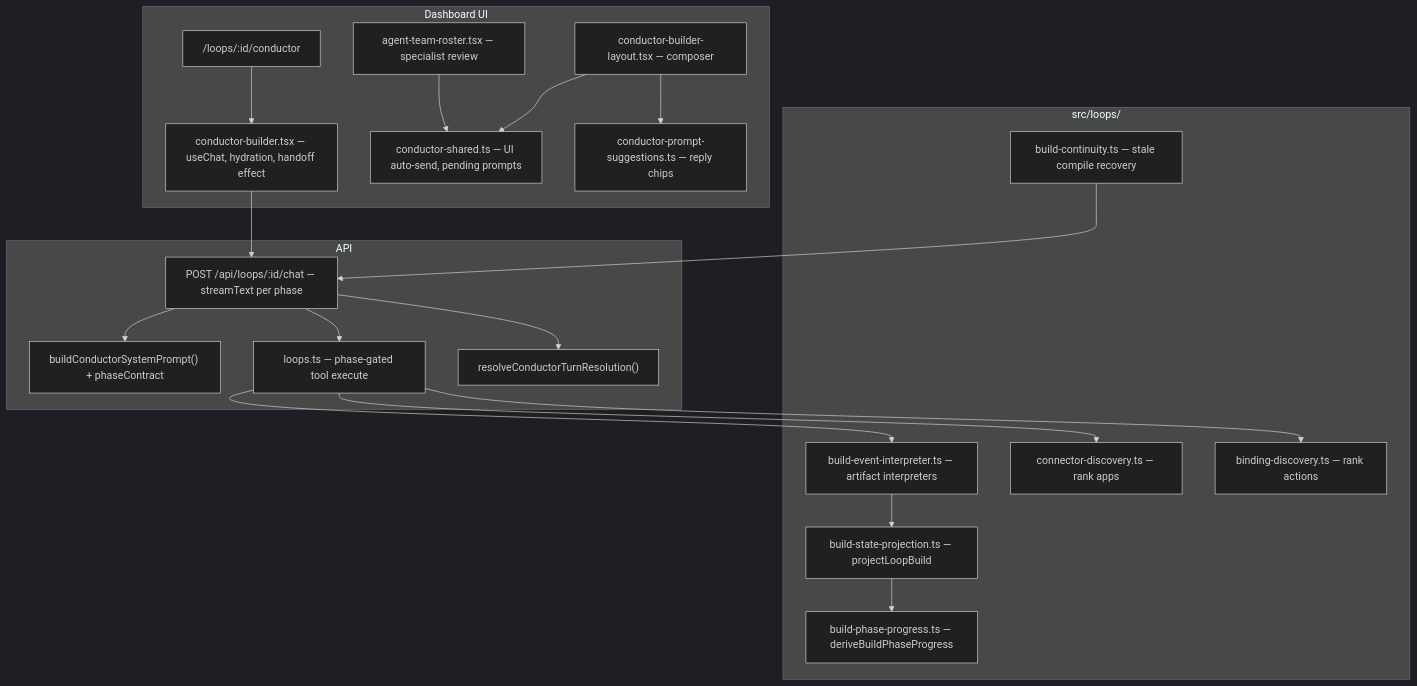
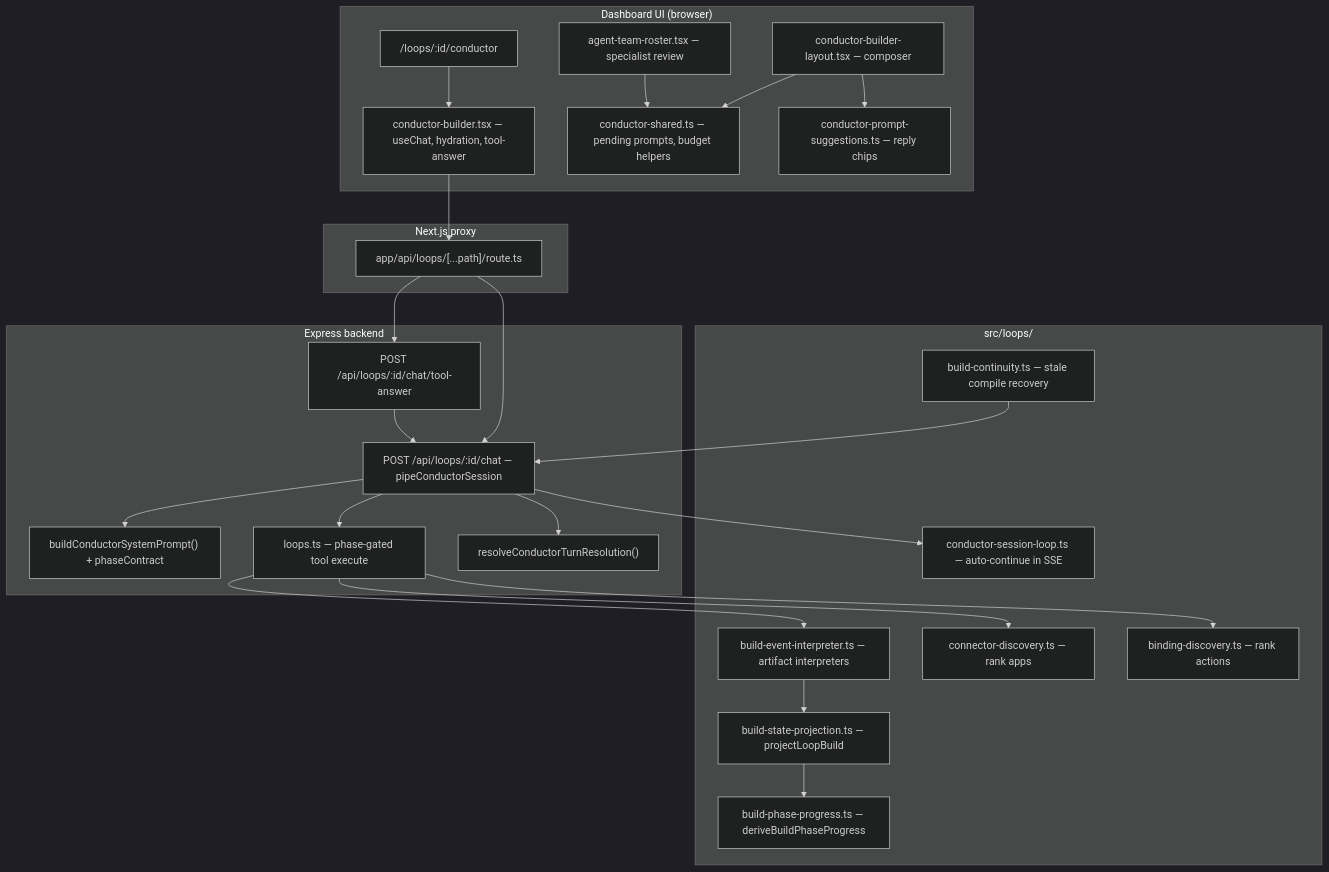
Before and after one commit to Dinuda/tallei-ai: the third of 6 diagrams in docs/conductor.md, drawn with Mermaid (dark theme). The commit also changed other lines of this file and 50 other files, not shown here.

First line of the commit message:
Enhance Conductor components with tool answer submission and UI improvements

````diff
--- a/docs/conductor.md
+++ b/docs/conductor.md
@@ -126,41 +161,51 @@
 ```mermaid
 flowchart TB
-  subgraph ui ["Dashboard UI"]
+  subgraph ui ["Dashboard UI (browser)"]
     Page["/loops/:id/conductor"]
-    Bridge["conductor-builder.tsx — useChat, hydration, handoff effect"]
+    Bridge["conductor-builder.tsx — useChat, hydration, tool-answer"]
     Layout["conductor-builder-layout.tsx — composer"]
-    Shared["conductor-shared.ts — UI auto-send, pending prompts"]
+    Shared["conductor-shared.ts — pending prompts, budget helpers"]
     Suggestions["conductor-prompt-suggestions.ts — reply chips"]
     Roster["agent-team-roster.tsx — specialist review"]
   end
 
-  subgraph api ["API"]
-    Chat["POST /api/loops/:id/chat — streamText per phase"]
+  subgraph proxy ["Next.js proxy"]
+    ApiRoute["app/api/loops/[...path]/route.ts"]
+  end
+
+  subgraph api ["Express backend"]
+    Chat["POST /api/loops/:id/chat — pipeConductorSession"]
+    ToolAnswer["POST /api/loops/:id/chat/tool-answer"]
     Prompt["buildConductorSystemPrompt() + phaseContract"]
     Tools["loops.ts — phase-gated tool execute"]
     Resolve["resolveConductorTurnResolution()"]
   end
 
   subgraph domain ["src/loops/"]
     Projection["build-state-projection.ts — projectLoopBuild"]
     Progress["build-phase-progress.ts — deriveBuildPhaseProgress"]
     Interpreter["build-event-interpreter.ts — artifact interpreters"]
     Discovery["connector-discovery.ts — rank apps"]
     Bindings["binding-discovery.ts — rank actions"]
     Continuity["build-continuity.ts — stale compile recovery"]
+    SessionLoop["conductor-session-loop.ts — auto-continue in SSE"]
   end
 
-  Page --> Bridge --> Chat
+  Page --> Bridge --> ApiRoute
   Layout --> Shared
   Layout --> Suggestions
   Roster --> Shared
+  ApiRoute --> Chat
+  ApiRoute --> ToolAnswer
+  ToolAnswer --> Chat
+  Chat --> SessionLoop
   Chat --> Prompt
   Chat --> Tools
   Chat --> Resolve
   Tools --> Interpreter
   Tools --> Discovery
   Tools --> Bindings
   Projection --> Progress
   Interpreter --> Projection
   Continuity --> Chat
 ```
````
